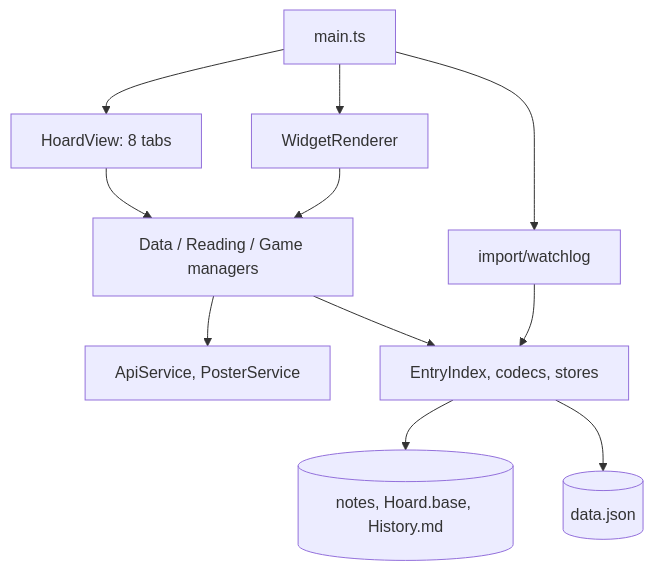
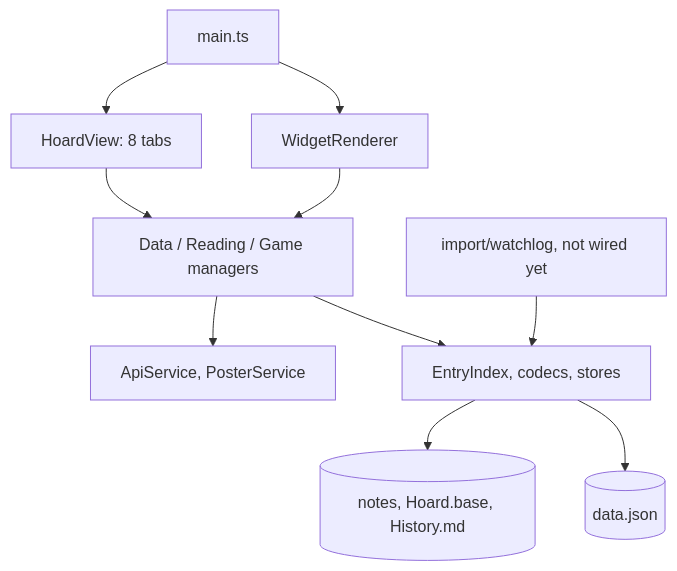
Before and after one commit to Macavity/obsidian-hoard: the diagram in docs/index.md, drawn with Mermaid. The commit also changed 3 other files, not shown here.

Commit message:
docs: correct import boundary, diagram and NoteWriter exception

````diff
--- a/docs/index.md
+++ b/docs/index.md
@@ -39,13 +39,12 @@
 ```mermaid
 flowchart TD
   main[main.ts] --> View[HoardView: 8 tabs]
   main --> Widgets[WidgetRenderer]
   View --> Managers[Data / Reading / Game managers]
   Widgets --> Managers
   Managers --> API[ApiService, PosterService]
   Managers --> Storage[EntryIndex, codecs, stores]
   Storage --> Vault[(notes, Hoard.base, History.md)]
   Storage --> Local[(data.json)]
-  main --> Import[import/watchlog]
-  Import --> Storage
+  Import[import/watchlog, not wired yet] --> Storage
 ```
````
